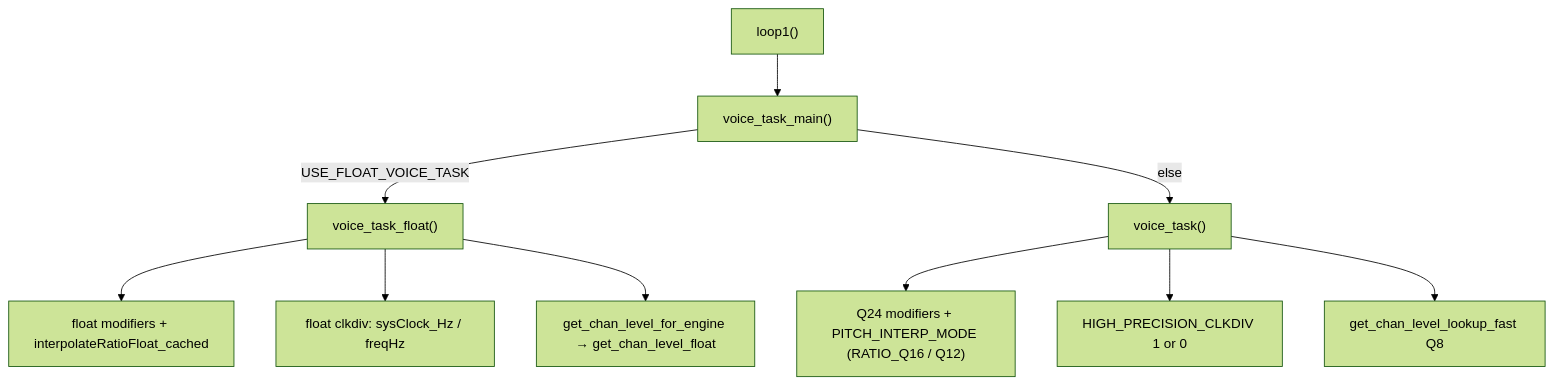
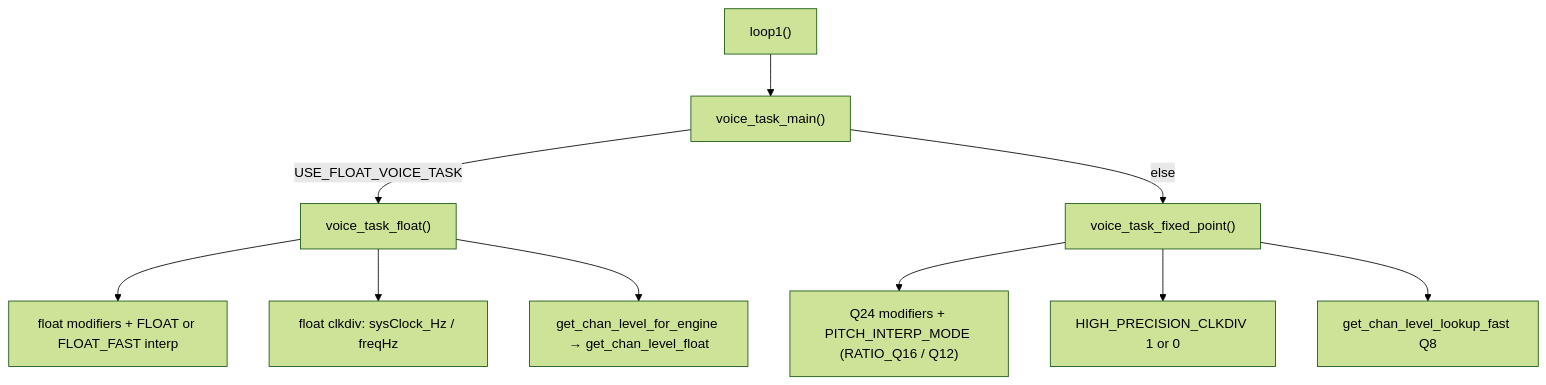
The diagram in docs/ENGINE_OPTIONS.md (felipegaspari/DCO4-REBORN-DCO), drawn with Mermaid (forest theme) before and after one commit. The commit also changed other lines of this file and 30 other files, not shown here.

````diff
--- a/docs/ENGINE_OPTIONS.md
+++ b/docs/ENGINE_OPTIONS.md
@@ -68,12 +68,12 @@
 ```mermaid
 flowchart TD
   loop1["loop1()"] --> main["voice_task_main()"]
   main -->|USE_FLOAT_VOICE_TASK| vf["voice_task_float()"]
-  main -->|else| vx["voice_task()"]
-  vf --> fPitch["float modifiers + interpolateRatioFloat_cached"]
+  main -->|else| vx["voice_task_fixed_point()"]
+  vf --> fPitch["float modifiers + FLOAT or FLOAT_FAST interp"]
   vf --> fClk["float clkdiv: sysClock_Hz / freqHz"]
   vf --> fAmp["get_chan_level_for_engine → get_chan_level_float"]
   vx --> xPitch["Q24 modifiers + PITCH_INTERP_MODE (RATIO_Q16 / Q12)"]
   vx --> xClk["HIGH_PRECISION_CLKDIV 1 or 0"]
   vx --> xAmp["get_chan_level_lookup_fast Q8"]
 ```
````
